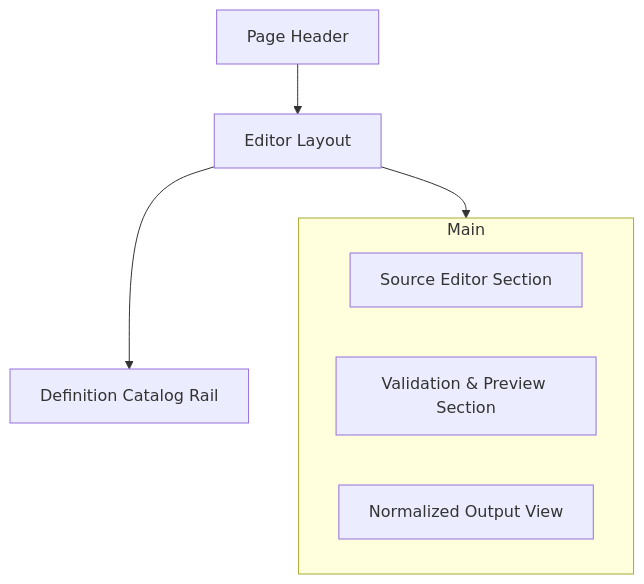
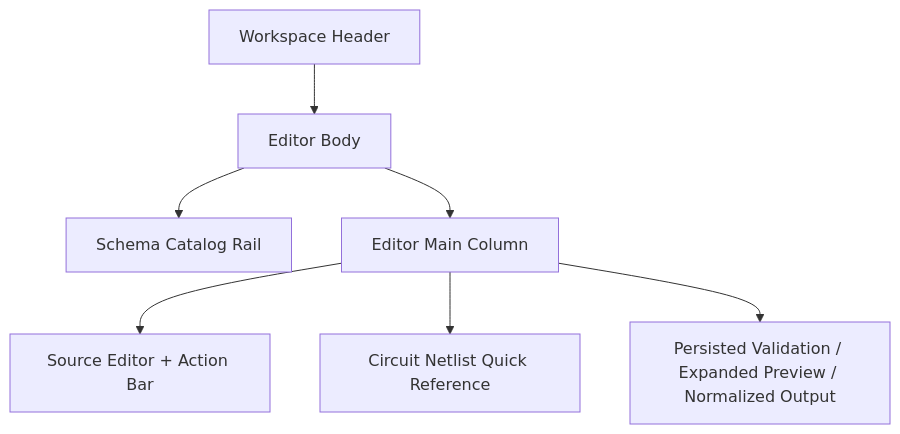
Before and after one commit to arfiligol/superconducting-circuits-tutorial: the diagram in docs/reference/app/frontend/definition/schema-editor.md, drawn with Mermaid. The commit also changed other lines of this file and 48 other files, not shown here.

````diff
--- a/docs/reference/app/frontend/definition/schema-editor.md
+++ b/docs/reference/app/frontend/definition/schema-editor.md
@@ -61,12 +46,9 @@
 ```mermaid
-graph TD
-    Header[Page Header] --> Layout[Editor Layout]
-    Layout --> Rail[Definition Catalog Rail]
-    Layout --> Main[Active Editor Area]
-    
-    subgraph Main
-        Editor[Source Editor Section]
-        Preview[Validation & Preview Section]
-        Output[Normalized Output View]
-    end
+flowchart TD
+    Header["Workspace Header"] --> Body["Editor Body"]
+    Body --> Rail["Schema Catalog Rail"]
+    Body --> Main["Editor Main Column"]
+    Main --> Editor["Source Editor + Action Bar"]
+    Main --> Hints["Circuit Netlist Quick Reference"]
+    Main --> Preview["Persisted Validation / Expanded Preview / Normalized Output"]
 ```
````
